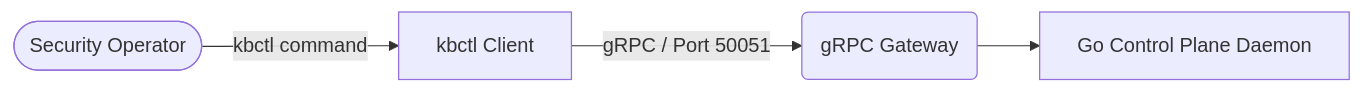
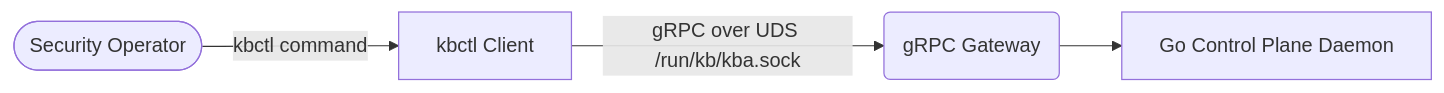
One commit to pardhuvarmax/kernel-borderlands changed the diagram in kb-op/kbctl/README.md. Above: the diagram before and after it, drawn with Mermaid. The commit also changed other lines of this file and 17 other files, not shown here.

````diff
--- a/kb-op/kbctl/README.md
+++ b/kb-op/kbctl/README.md
@@ -9,6 +9,6 @@
 ```mermaid
 flowchart LR
     Operator([Security Operator]) -->|kbctl command| CLI[kbctl Client]
-    CLI -->|gRPC / Port 50051| Gateway(gRPC Gateway)
+    CLI -->|gRPC over UDS /run/kb/kba.sock| Gateway(gRPC Gateway)
     Gateway --> ControlPlane[Go Control Plane Daemon]
 ```
````
